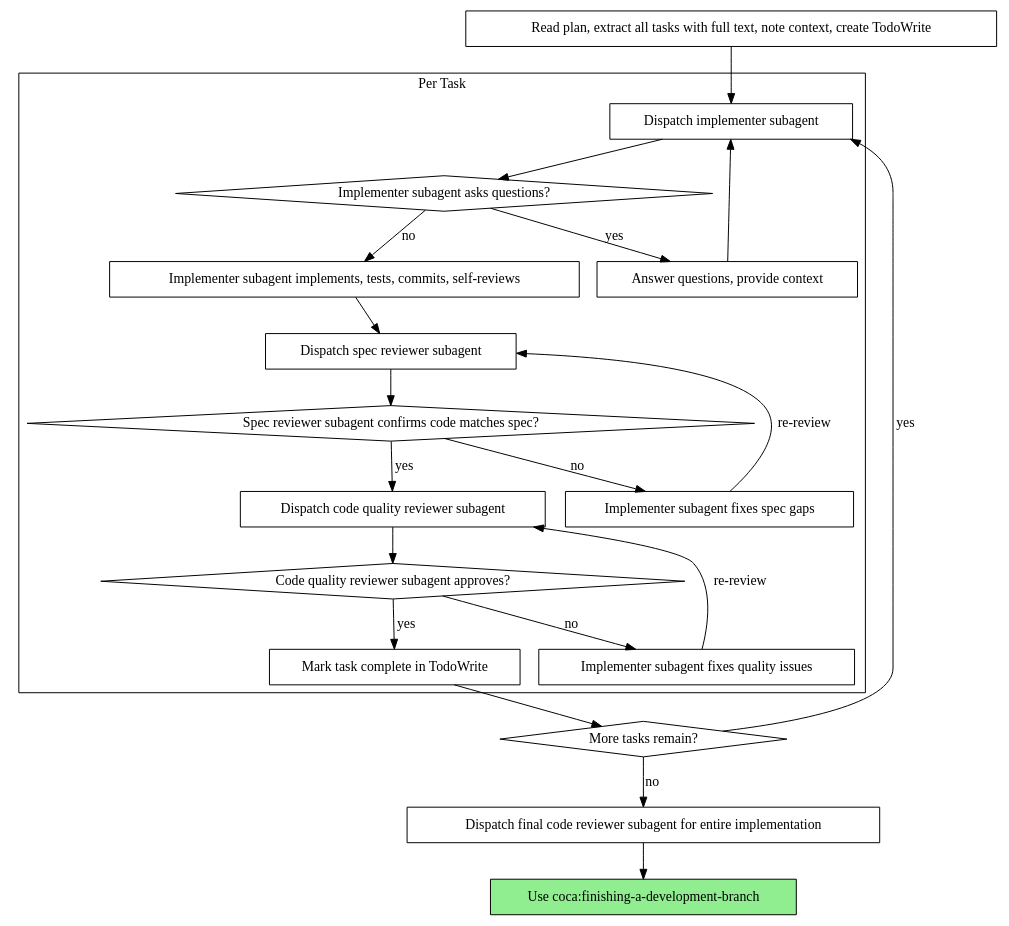
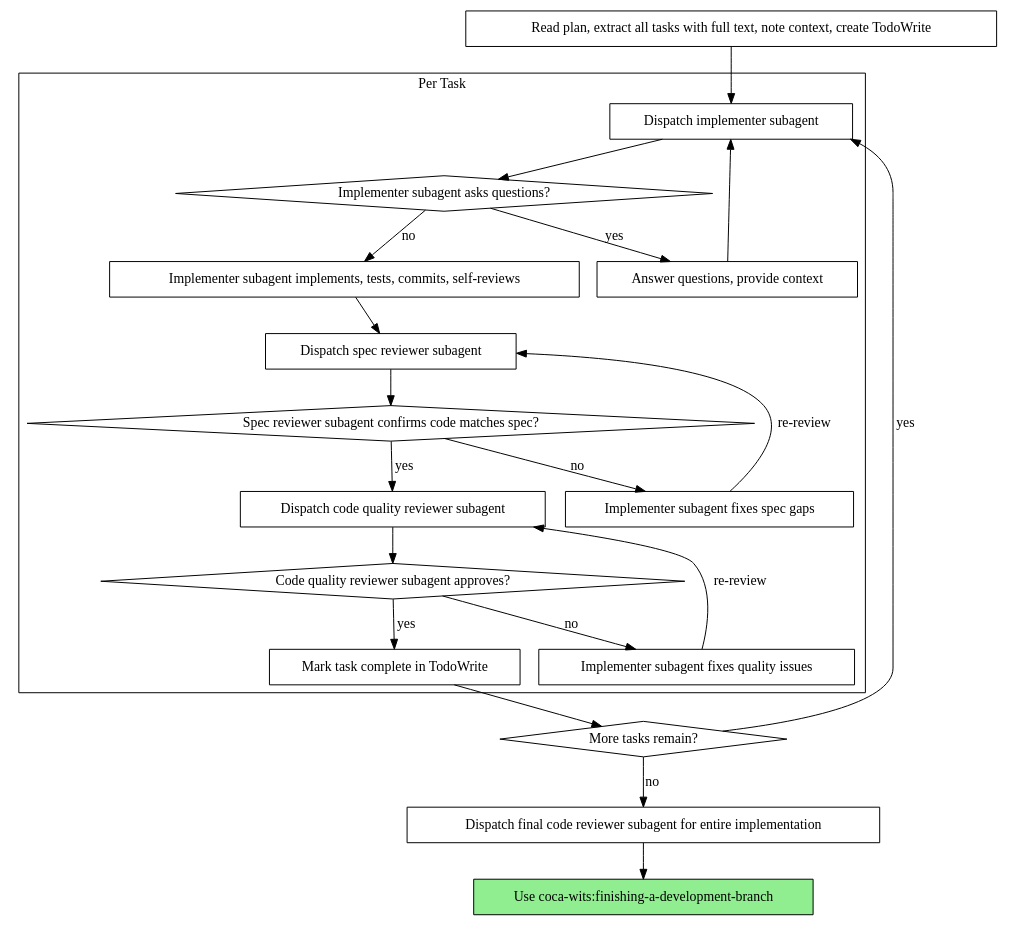
The second of 2 diagrams in skills/subagent-driven-development/SKILL.md (SaintPepsi/sancoca-skills), drawn with Graphviz before and after one commit. The commit also changed other lines of this file and 9 other files, not shown here.

First line of the commit message:
Rename all skill references from superpowers to coca-wits format

````diff
--- a/skills/subagent-driven-development/SKILL.md
+++ b/skills/subagent-driven-development/SKILL.md
@@ -40,44 +40,44 @@
 ```dot
 digraph process {
     rankdir=TB;
 
     subgraph cluster_per_task {
         label="Per Task";
         "Dispatch implementer subagent" [shape=box];
         "Implementer subagent asks questions?" [shape=diamond];
         "Answer questions, provide context" [shape=box];
         "Implementer subagent implements, tests, commits, self-reviews" [shape=box];
         "Dispatch spec reviewer subagent" [shape=box];
         "Spec reviewer subagent confirms code matches spec?" [shape=diamond];
         "Implementer subagent fixes spec gaps" [shape=box];
         "Dispatch code quality reviewer subagent" [shape=box];
         "Code quality reviewer subagent approves?" [shape=diamond];
         "Implementer subagent fixes quality issues" [shape=box];
         "Mark task complete in TodoWrite" [shape=box];
     }
 
     "Read plan, extract all tasks with full text, note context, create TodoWrite" [shape=box];
     "More tasks remain?" [shape=diamond];
     "Dispatch final code reviewer subagent for entire implementation" [shape=box];
-    "Use coca:finishing-a-development-branch" [shape=box style=filled fillcolor=lightgreen];
+    "Use coca-wits:finishing-a-development-branch" [shape=box style=filled fillcolor=lightgreen];
 
     "Read plan, extract all tasks with full text, note context, create TodoWrite" -> "Dispatch implementer subagent";
     "Dispatch implementer subagent" -> "Implementer subagent asks questions?";
     "Implementer subagent asks questions?" -> "Answer questions, provide context" [label="yes"];
     "Answer questions, provide context" -> "Dispatch implementer subagent";
     "Implementer subagent asks questions?" -> "Implementer subagent implements, tests, commits, self-reviews" [label="no"];
     "Implementer subagent implements, tests, commits, self-reviews" -> "Dispatch spec reviewer subagent";
     "Dispatch spec reviewer subagent" -> "Spec reviewer subagent confirms code matches spec?";
     "Spec reviewer subagent confirms code matches spec?" -> "Implementer subagent fixes spec gaps" [label="no"];
     "Implementer subagent fixes spec gaps" -> "Dispatch spec reviewer subagent" [label="re-review"];
     "Spec reviewer subagent confirms code matches spec?" -> "Dispatch code quality reviewer subagent" [label="yes"];
     "Dispatch code quality reviewer subagent" -> "Code quality reviewer subagent approves?";
     "Code quality reviewer subagent approves?" -> "Implementer subagent fixes quality issues" [label="no"];
     "Implementer subagent fixes quality issues" -> "Dispatch code quality reviewer subagent" [label="re-review"];
     "Code quality reviewer subagent approves?" -> "Mark task complete in TodoWrite" [label="yes"];
     "Mark task complete in TodoWrite" -> "More tasks remain?";
     "More tasks remain?" -> "Dispatch implementer subagent" [label="yes"];
     "More tasks remain?" -> "Dispatch final code reviewer subagent for entire implementation" [label="no"];
-    "Dispatch final code reviewer subagent for entire implementation" -> "Use coca:finishing-a-development-branch";
+    "Dispatch final code reviewer subagent for entire implementation" -> "Use coca-wits:finishing-a-development-branch";
 }
 ```
````
